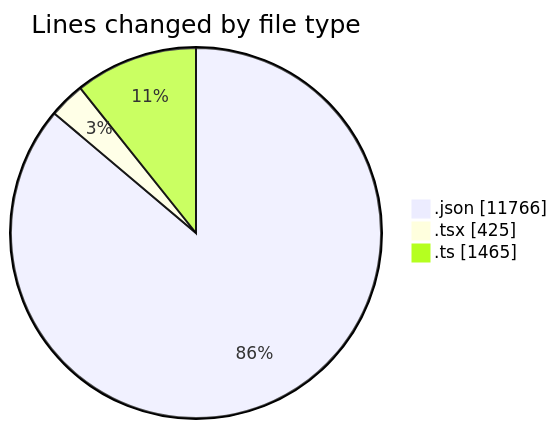
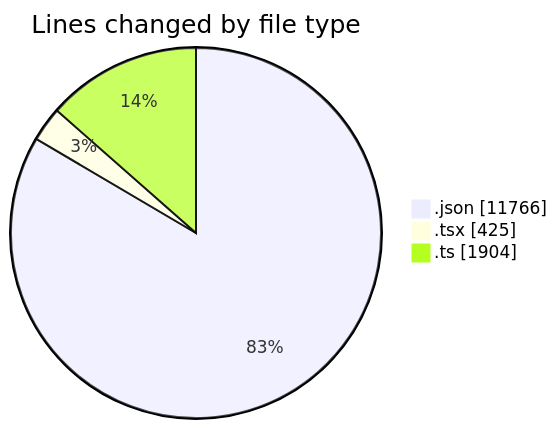
Before and after one commit to nxtqubesakshisongat/code-tracking: the first of 2 diagrams in 2026-04-16/airfeed-analytics-dashboard/README.md, drawn with Mermaid. The commit also changed other lines of this file and 1 other file, not shown here.

````diff
--- a/2026-04-16/airfeed-analytics-dashboard/README.md
+++ b/2026-04-16/airfeed-analytics-dashboard/README.md
@@ -27,7 +29,7 @@
 ```mermaid
 pie showData
 title Lines changed by file type
 ".json" : 11766
 ".tsx" : 425
-".ts" : 1465
+".ts" : 1904
 ```
````
